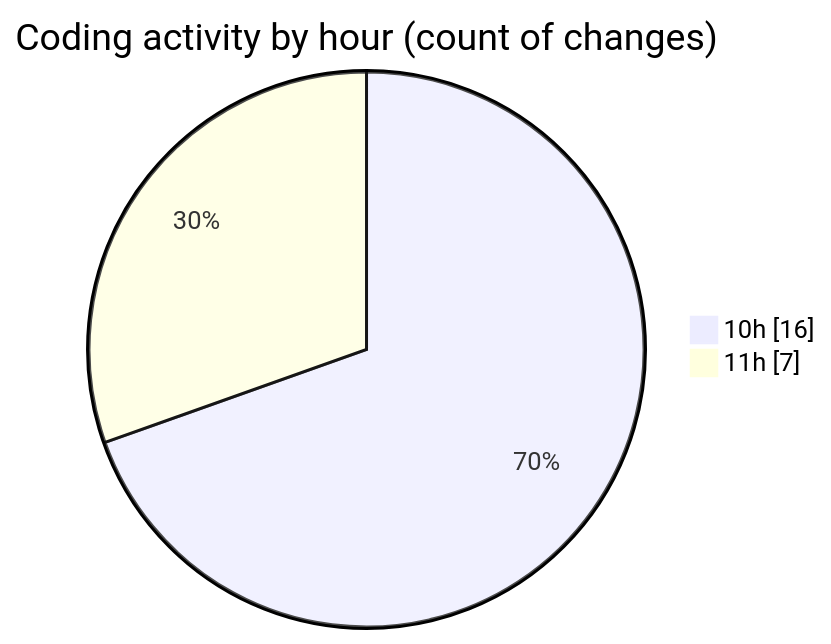
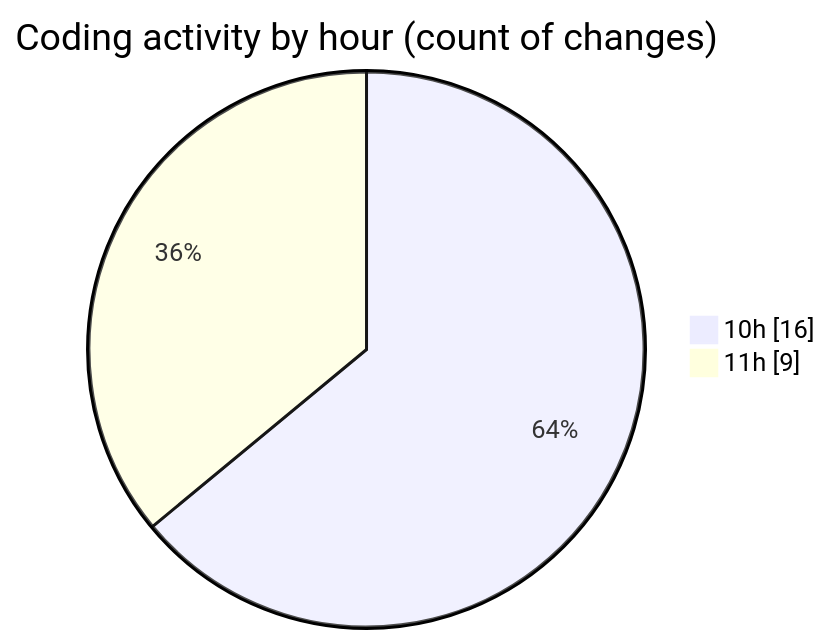
The second of 2 diagrams in 2025-02-20/micros/README.md (charlie-sans/code-tracking), drawn with Mermaid before and after one commit. The commit also changed other lines of this file and 1 other file, not shown here.

````diff
--- a/2025-02-20/micros/README.md
+++ b/2025-02-20/micros/README.md
@@ -40,6 +42,6 @@
 ```mermaid
 pie showData
 title Coding activity by hour (count of changes)
 "10h" : 16
-"11h" : 7
+"11h" : 9
 ```
````
